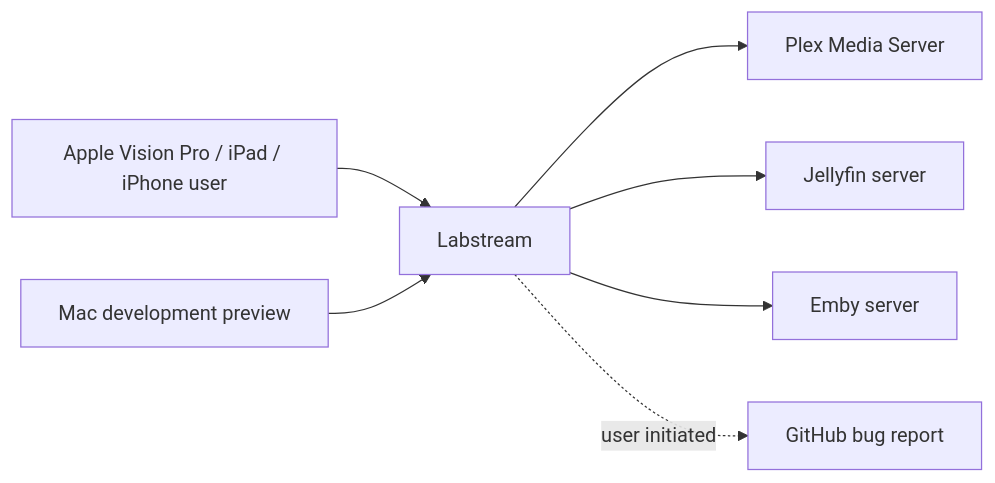
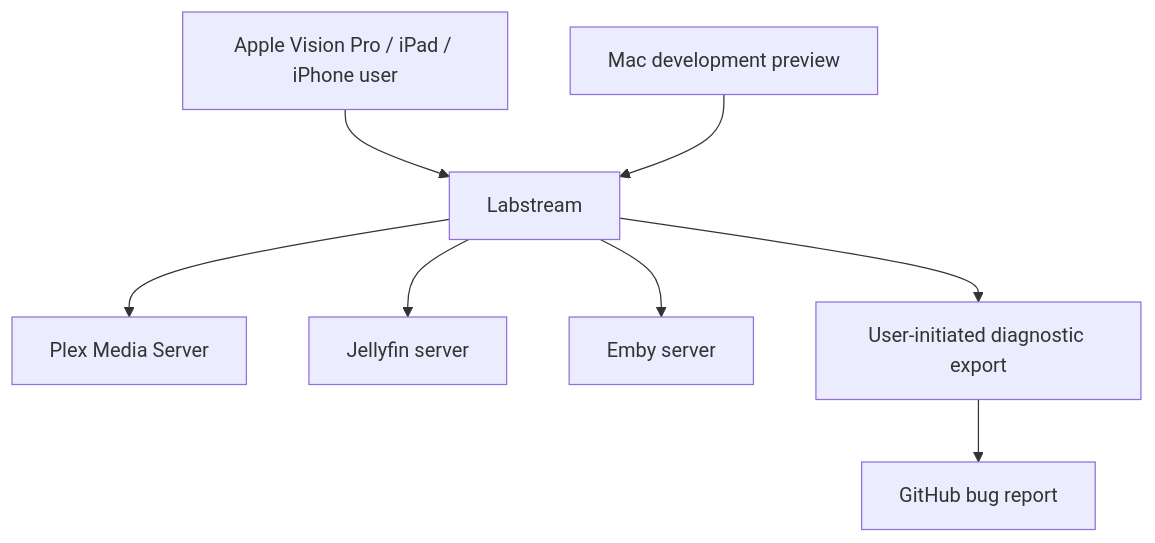
Before and after one commit to jlipworth/Labstream: the diagram in docs/index.md, drawn with Mermaid. The commit also changed other lines of this file and 44 other files, not shown here.

````diff
--- a/docs/index.md
+++ b/docs/index.md
@@ -10,9 +10,12 @@
 ```mermaid
-flowchart LR
+flowchart TD
+  accTitle: Labstream service topology
+  accDescr: Labstream runs on supported Apple devices or the Mac development preview, connects directly to a user-selected Plex, Jellyfin, or Emby server, and exports diagnostics only when the user chooses to report a bug.
   User[Apple Vision Pro / iPad / iPhone user] --> App[Labstream]
   Mac[Mac development preview] --> App
   App --> Plex[Plex Media Server]
   App --> Jellyfin[Jellyfin server]
   App --> Emby[Emby server]
-  App -. user initiated .-> Issue[GitHub bug report]
+  App --> Report[User-initiated diagnostic export]
+  Report --> Issue[GitHub bug report]
 ```
````
